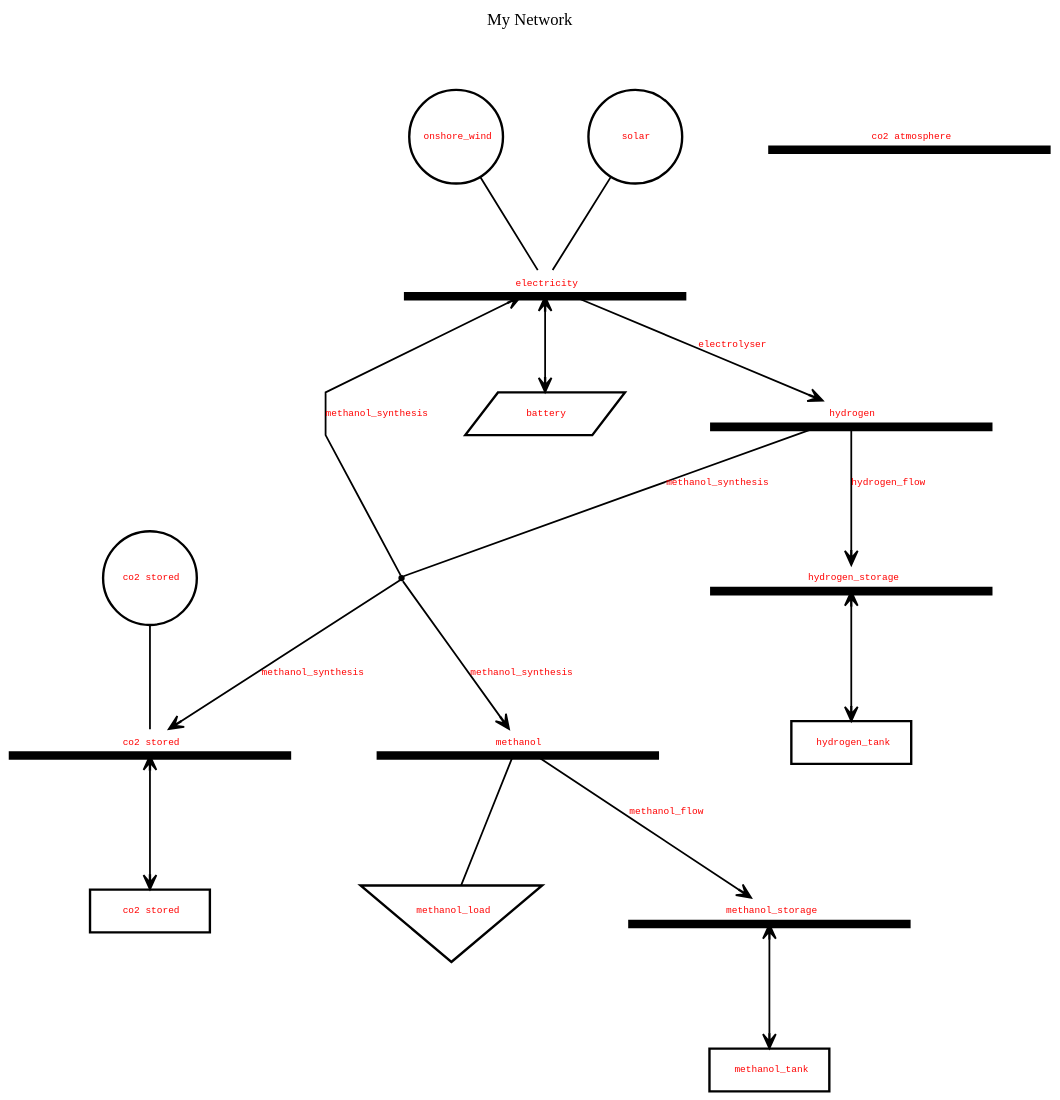
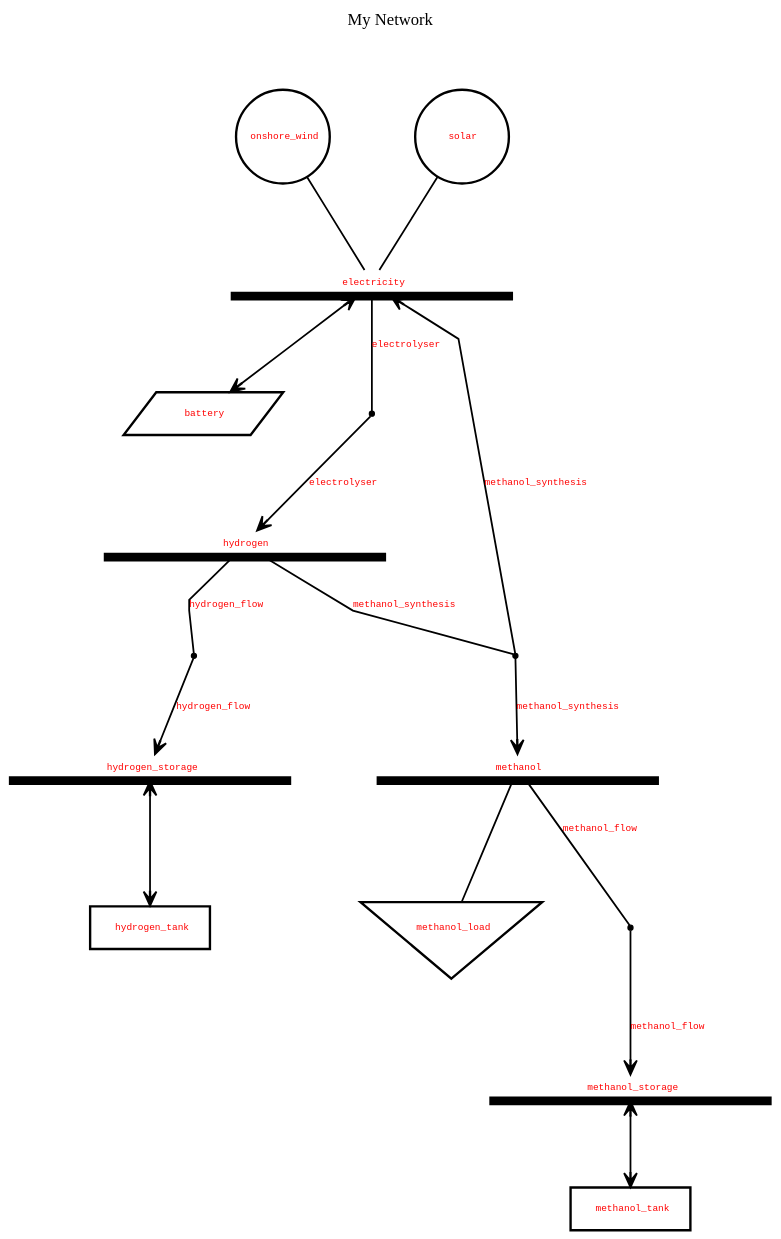
The diagram in topography.dot (philouhawi/PyPSA-China-Green-LCOX-Model), drawn with Graphviz before and after one commit. The commit also changed 1 other file, not shown here.

```diff
--- a/topography.dot
+++ b/topography.dot
@@ -1,5 +1,5 @@
 //
-// Generated by PyPSATopo version 1.1.0 (on the 2025/03/11 at 15:03:58) using the following parameters: 
+// Generated by PyPSATopo version 1.1.0 (on the 2025/03/11 at 17:21:47) using the following parameters: 
 //
 //    file_input=None
 //    focus=None
@@ -33,10 +33,10 @@
 
            "
    tooltip = "Network: My Network
-Buses: 7 (out of 7)
-Generators: 3 (out of 3)
+Buses: 5 (out of 5)
+Generators: 2 (out of 2)
 Loads: 1 (out of 1)
-Stores: 3 (out of 3)
+Stores: 2 (out of 2)
 Storage units: 1 (out of 1)
 Links: 4 (out of 4)
 Lines: 0 (out of 0)
@@ -48,7 +48,7 @@
    node [fontname = "Courier New", fontsize = 8.00]
    edge [fontname = "Courier New", fontsize = 8.00]
 
-   // buses (7)
+   // buses (5)
    "electricity (bus)" [label = <<font color = "red">electricity</font>>, tooltip = "Bus: electricity
 Carrier: electricity
 Unit: 
@@ -69,7 +69,7 @@
 Stores: 0
 Storage units: 0
 Incoming links: 1
-Outgoing links: 4
+Outgoing links: 3
 Lines: 0
 
 Power time series: N/A ", shape = "underline", width = 3.30, height = 0.30, style = "setlinewidth(7.30)", color = "black"]
@@ -109,32 +109,8 @@
 Lines: 0
 
 Power time series: N/A ", shape = "underline", width = 3.30, height = 0.30, style = "setlinewidth(7.30)", color = "black"]
-   "co2 atmosphere (bus)" [label = <<font color = "red">co2 atmosphere</font>>, tooltip = "Bus: co2 atmosphere
-Carrier: co2
-Unit: 
-Generators: 0
-Loads: 0
-Stores: 0
-Storage units: 0
-Incoming links: 0
-Outgoing links: 0
-Lines: 0
 
-Power time series: N/A ", shape = "underline", width = 3.30, height = 0.30, style = "setlinewidth(7.30)", color = "black"]
-   "co2 stored (bus)" [label = <<font color = "red">co2 stored</font>>, tooltip = "Bus: co2 stored
-Carrier: co2 stored
-Unit: 
-Generators: 1
-Loads: 0
-Stores: 1
-Storage units: 0
-Incoming links: 1
-Outgoing links: 0
-Lines: 0
-
-Power time series: N/A ", shape = "underline", width = 3.30, height = 0.30, style = "setlinewidth(7.30)", color = "black"]
-
-   // generators (3)
+   // generators (2)
    "onshore_wind (generator)" [label = <<font color = "red">onshore_wind</font>>, tooltip = "Generator: onshore_wind
 Bus: electricity
 Carrier: wind
@@ -159,18 +135,6 @@
 
 Optimised nominal power: 0.00 
 Power time series: N/A ", shape = "circle", width = 1.10, style = "setlinewidth(2.00)", color = "black"]   "solar (generator)" -> "electricity (bus)" [style = "setlinewidth(1.50)", color = "black", arrowhead = "none"]
-   "co2 stored (generator)" [label = <<font color = "red">co2 stored</font>>, tooltip = "Generator: co2 stored
-Bus: co2 stored
-Carrier: co2 stored
-Extendable nominal power: True
-Nominal power: 0.00 
-Power set: 0.00 
-Efficiency: 1.00
-Capital cost: 0.00 currency/
-Marginal cost: 28.20 currency/h
-
-Optimised nominal power: 0.00 
-Power time series: N/A ", shape = "circle", width = 1.10, style = "setlinewidth(2.00)", color = "black"]   "co2 stored (generator)" -> "co2 stored (bus)" [style = "setlinewidth(1.50)", color = "black", arrowhead = "none"]
 
    // loads (1)
    "methanol_load (load)" [label = <<font color = "red">methanol_load</font>>, tooltip = "Load: methanol_load
@@ -178,7 +142,7 @@
 Carrier: 
 Power set: 100.00 ", shape = "invtriangle", width = 1.50, height = 1.20, style = "setlinewidth(2.00)", color = "black"]   "methanol (bus)" -> "methanol_load (load)" [style = "setlinewidth(1.50)", color = "black", arrowhead = "none"]
 
-   // stores (3)
+   // stores (2)
    "hydrogen_tank (store)" [label = <<font color = "red">hydrogen_tank</font>>, tooltip = "Store: hydrogen_tank
 Bus: hydrogen_storage
 Carrier: hydrogen
@@ -205,19 +169,6 @@
 Optimised nominal energy: 0.00 h
 Energy time series: N/A h
 Power time series: N/A ", shape = "box", width = 1.40, style = "setlinewidth(2.00)", color = "black"]   "methanol_storage (bus)" -> "methanol_tank (store)" [style = "setlinewidth(1.50)", color = "black", arrowhead = "vee", arrowtail = "vee", arrowsize = 1.20, dir = "both"]
-   "co2 stored (store)" [label = <<font color = "red">co2 stored</font>>, tooltip = "Store: co2 stored
-Bus: co2 stored
-Carrier: co2 stored
-Extendable nominal energy: True
-Nominal energy: 0.00 h
-Power set: 0.00 
-Cyclic energy: False
-Capital cost: 0.00 currency/
-Marginal cost: 0.00 currency/h
-
-Optimised nominal energy: 0.00 h
-Energy time series: N/A h
-Power time series: N/A ", shape = "box", width = 1.40, style = "setlinewidth(2.00)", color = "black"]   "co2 stored (bus)" -> "co2 stored (store)" [style = "setlinewidth(1.50)", color = "black", arrowhead = "vee", arrowtail = "vee", arrowsize = 1.20, dir = "both"]
 
    // storage units (1)
    "battery (storage unit)" [label = <<font color = "red">battery</font>>, tooltip = "Storage unit: battery
@@ -233,8 +184,102 @@
 Optimised nominal power: 0.00 
 Power time series: N/A ", shape = "parallelogram", width = 1.80, style = "setlinewidth(2.00)", color = "black"]   "electricity (bus)" -> "battery (storage unit)" [style = "setlinewidth(1.50)", color = "black", arrowhead = "vee", arrowtail = "vee", arrowsize = 1.20, dir = "both"]
 
-   // links (3)
-   "electricity (bus)" -> "hydrogen (bus)" [label = <<font color = "red">electrolyser</font>>, tooltip = "Link: electrolyser
+   // links (0)
+
+   // multi-link trunks (4)
+   "electrolyser (multi-link)" [label = <<font color = "red">electrolyser</font>>, tooltip = "Multi-link: electrolyser
+From: electricity (bus0)
+To: hydrogen (bus1)
+Carrier: Electrolyser
+Extendable nominal energy: True
+Nominal power: 0.00 MW
+Capital cost: 60179.63 currency/MW
+Marginal cost: 0.00 currency/MWh
+
+Optimised nominal power: 0.00 MW
+Power time series (p0): N/A MW", shape = "point", width = 0.06, color = "black"]
+   "electricity (bus)" -> "electrolyser (multi-link)" [label = <<font color = "red">electrolyser</font>>, tooltip = "Multi-link: electrolyser
+From: electricity (bus0)
+To: hydrogen (bus1)
+Carrier: Electrolyser
+Extendable nominal power: True
+Nominal power: 0.00 MW
+Capital cost: 60179.63 currency/MW
+Marginal cost: 0.00 currency/MWh
+
+Optimised nominal power: 0.00 MW
+Power time series (p0): N/A MW", style = "setlinewidth(1.50)", color = "black", arrowhead = "none"]
+   "hydrogen_flow (multi-link)" [label = <<font color = "red">hydrogen_flow</font>>, tooltip = "Multi-link: hydrogen_flow
+From: hydrogen (bus0)
+To: hydrogen_storage (bus1)
+Carrier: 
+Extendable nominal energy: True
+Nominal power: 0.00 MW
+Capital cost: 0.00 currency/MW
+Marginal cost: 1.00 currency/MWh
+
+Optimised nominal power: 0.00 MW
+Power time series (p0): N/A MW", shape = "point", width = 0.06, color = "black"]
+   "hydrogen (bus)" -> "hydrogen_flow (multi-link)" [label = <<font color = "red">hydrogen_flow</font>>, tooltip = "Multi-link: hydrogen_flow
+From: hydrogen (bus0)
+To: hydrogen_storage (bus1)
+Carrier: 
+Extendable nominal power: True
+Nominal power: 0.00 MW
+Capital cost: 0.00 currency/MW
+Marginal cost: 1.00 currency/MWh
+
+Optimised nominal power: 0.00 MW
+Power time series (p0): N/A MW", style = "setlinewidth(1.50)", color = "black", arrowhead = "none"]
+   "methanol_synthesis (multi-link)" [label = <<font color = "red">methanol_synthesis</font>>, tooltip = "Multi-link: methanol_synthesis
+From: hydrogen (bus0)
+To: methanol (bus1)
+To: electricity (bus2)
+Carrier: methanol_synthesis
+Extendable nominal energy: True
+Nominal power: 0.00 MW
+Capital cost: 140100.96 currency/MW
+Marginal cost: 7.46 currency/MWh
+
+Optimised nominal power: 0.00 MW
+Power time series (p0): N/A MW", shape = "point", width = 0.06, color = "black"]
+   "hydrogen (bus)" -> "methanol_synthesis (multi-link)" [label = <<font color = "red">methanol_synthesis</font>>, tooltip = "Multi-link: methanol_synthesis
+From: hydrogen (bus0)
+To: methanol (bus1)
+To: electricity (bus2)
+Carrier: methanol_synthesis
+Extendable nominal power: True
+Nominal power: 0.00 MW
+Capital cost: 140100.96 currency/MW
+Marginal cost: 7.46 currency/MWh
+
+Optimised nominal power: 0.00 MW
+Power time series (p0): N/A MW", style = "setlinewidth(1.50)", color = "black", arrowhead = "none"]
+   "methanol_flow (multi-link)" [label = <<font color = "red">methanol_flow</font>>, tooltip = "Multi-link: methanol_flow
+From: methanol (bus0)
+To: methanol_storage (bus1)
+Carrier: 
+Extendable nominal energy: True
+Nominal power: 0.00 MW
+Capital cost: 0.00 currency/MW
+Marginal cost: 1.00 currency/MWh
+
+Optimised nominal power: 0.00 MW
+Power time series (p0): N/A MW", shape = "point", width = 0.06, color = "black"]
+   "methanol (bus)" -> "methanol_flow (multi-link)" [label = <<font color = "red">methanol_flow</font>>, tooltip = "Multi-link: methanol_flow
+From: methanol (bus0)
+To: methanol_storage (bus1)
+Carrier: 
+Extendable nominal power: True
+Nominal power: 0.00 MW
+Capital cost: 0.00 currency/MW
+Marginal cost: 1.00 currency/MWh
+
+Optimised nominal power: 0.00 MW
+Power time series (p0): N/A MW", style = "setlinewidth(1.50)", color = "black", arrowhead = "none"]
+
+   // multi-link branches (5)
+   "electrolyser (multi-link)" -> "hydrogen (bus)" [label = <<font color = "red">electrolyser</font>>, tooltip = "Multi-link: electrolyser
 From: electricity (bus0)
 To: hydrogen (bus1)
 Carrier: Electrolyser
@@ -247,7 +292,7 @@
 Optimised nominal power: 0.00 MW
 Power time series (p0): N/A MW
 Power time series (p1): N/A MW", style = "setlinewidth(1.50)", color = "black", arrowhead = "vee", arrowsize = 1.20]
-   "hydrogen (bus)" -> "hydrogen_storage (bus)" [label = <<font color = "red">hydrogen_flow</font>>, tooltip = "Link: hydrogen_flow
+   "hydrogen_flow (multi-link)" -> "hydrogen_storage (bus)" [label = <<font color = "red">hydrogen_flow</font>>, tooltip = "Multi-link: hydrogen_flow
 From: hydrogen (bus0)
 To: hydrogen_storage (bus1)
 Carrier: 
@@ -260,7 +305,33 @@
 Optimised nominal power: 0.00 MW
 Power time series (p0): N/A MW
 Power time series (p1): N/A MW", style = "setlinewidth(1.50)", color = "black", arrowhead = "vee", arrowsize = 1.20]
-   "methanol (bus)" -> "methanol_storage (bus)" [label = <<font color = "red">methanol_flow</font>>, tooltip = "Link: methanol_flow
+   "methanol_synthesis (multi-link)" -> "methanol (bus)" [label = <<font color = "red">methanol_synthesis</font>>, tooltip = "Multi-link: methanol_synthesis
+From: hydrogen (bus0)
+To: methanol (bus1)
+Carrier: methanol_synthesis
+Extendable nominal power: True
+Nominal power: 0.00 MW
+Efficiency: 0.80
+Capital cost: 140100.96 currency/MW
+Marginal cost: 7.46 currency/MWh
+
+Optimised nominal power: 0.00 MW
+Power time series (p0): N/A MW
+Power time series (p1): N/A MW", style = "setlinewidth(1.50)", color = "black", arrowhead = "vee", arrowsize = 1.20]
+   "methanol_synthesis (multi-link)" -> "electricity (bus)" [label = <<font color = "red">methanol_synthesis</font>>, tooltip = "Multi-link: methanol_synthesis
+From: hydrogen (bus0)
+To: electricity (bus2)
+Carrier: methanol_synthesis
+Extendable nominal power: True
+Nominal power: 0.00 MW
+Efficiency: -0.03
+Capital cost: 140100.96 currency/MW
+Marginal cost: 7.46 currency/MWh
+
+Optimised nominal power: 0.00 MW
+Power time series (p0): N/A MW
+Power time series (p2): N/A MW", style = "setlinewidth(1.50)", color = "black", arrowhead = "vee", arrowsize = 1.20]
+   "methanol_flow (multi-link)" -> "methanol_storage (bus)" [label = <<font color = "red">methanol_flow</font>>, tooltip = "Multi-link: methanol_flow
 From: methanol (bus0)
 To: methanol_storage (bus1)
 Carrier: 
@@ -274,74 +345,5 @@
 Power time series (p0): N/A MW
 Power time series (p1): N/A MW", style = "setlinewidth(1.50)", color = "black", arrowhead = "vee", arrowsize = 1.20]
 
-   // multi-link trunks (1)
-   "methanol_synthesis (multi-link)" [label = <<font color = "red">methanol_synthesis</font>>, tooltip = "Multi-link: methanol_synthesis
-From: hydrogen (bus0)
-To: methanol (bus1)
-To: electricity (bus2)
-To: co2 stored (bus3)
-Carrier: methanol_synthesis
-Extendable nominal energy: True
-Nominal power: 0.00 MW
-Capital cost: 140100.96 currency/MW
-Marginal cost: 0.00 currency/MWh
-
-Optimised nominal power: 0.00 MW
-Power time series (p0): N/A MW", shape = "point", width = 0.06, color = "black"]
-   "hydrogen (bus)" -> "methanol_synthesis (multi-link)" [label = <<font color = "red">methanol_synthesis</font>>, tooltip = "Multi-link: methanol_synthesis
-From: hydrogen (bus0)
-To: methanol (bus1)
-To: electricity (bus2)
-To: co2 stored (bus3)
-Carrier: methanol_synthesis
-Extendable nominal power: True
-Nominal power: 0.00 MW
-Capital cost: 140100.96 currency/MW
-Marginal cost: 0.00 currency/MWh
-
-Optimised nominal power: 0.00 MW
-Power time series (p0): N/A MW", style = "setlinewidth(1.50)", color = "black", arrowhead = "none"]
-
-   // multi-link branches (3)
-   "methanol_synthesis (multi-link)" -> "methanol (bus)" [label = <<font color = "red">methanol_synthesis</font>>, tooltip = "Multi-link: methanol_synthesis
-From: hydrogen (bus0)
-To: methanol (bus1)
-Carrier: methanol_synthesis
-Extendable nominal power: True
-Nominal power: 0.00 MW
-Efficiency: 0.80
-Capital cost: 140100.96 currency/MW
-Marginal cost: 0.00 currency/MWh
-
-Optimised nominal power: 0.00 MW
-Power time series (p0): N/A MW
-Power time series (p1): N/A MW", style = "setlinewidth(1.50)", color = "black", arrowhead = "vee", arrowsize = 1.20]
-   "methanol_synthesis (multi-link)" -> "electricity (bus)" [label = <<font color = "red">methanol_synthesis</font>>, tooltip = "Multi-link: methanol_synthesis
-From: hydrogen (bus0)
-To: electricity (bus2)
-Carrier: methanol_synthesis
-Extendable nominal power: True
-Nominal power: 0.00 MW
-Efficiency: -0.03
-Capital cost: 140100.96 currency/MW
-Marginal cost: 0.00 currency/MWh
-
-Optimised nominal power: 0.00 MW
-Power time series (p0): N/A MW
-Power time series (p2): N/A MW", style = "setlinewidth(1.50)", color = "black", arrowhead = "vee", arrowsize = 1.20]
-   "methanol_synthesis (multi-link)" -> "co2 stored (bus)" [label = <<font color = "red">methanol_synthesis</font>>, tooltip = "Multi-link: methanol_synthesis
-From: hydrogen (bus0)
-To: co2 stored (bus3)
-Carrier: methanol_synthesis
-Extendable nominal power: True
-Nominal power: 0.00 MW
-Efficiency: -0.21
-Capital cost: 140100.96 currency/MW
-Marginal cost: 0.00 currency/MWh
-
-Optimised nominal power: 0.00 MW
-Power time series (p0): N/A MW
-Power time series (p3): N/A MW", style = "setlinewidth(1.50)", color = "black", arrowhead = "vee", arrowsize = 1.20]
-
    // lines (0)
 }
```
